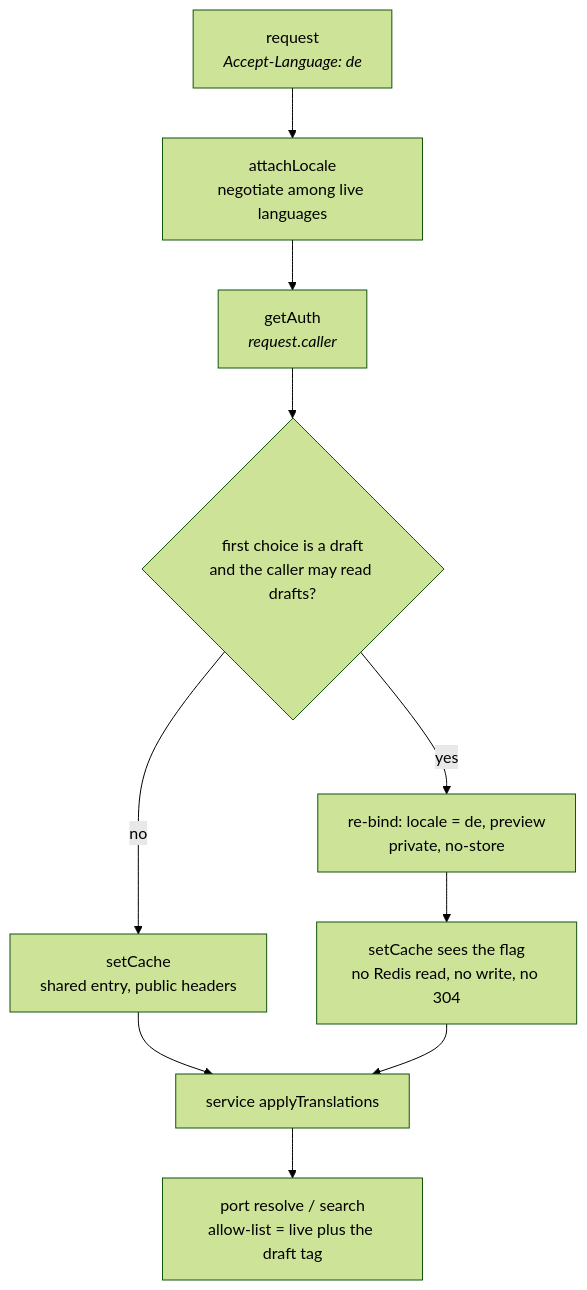
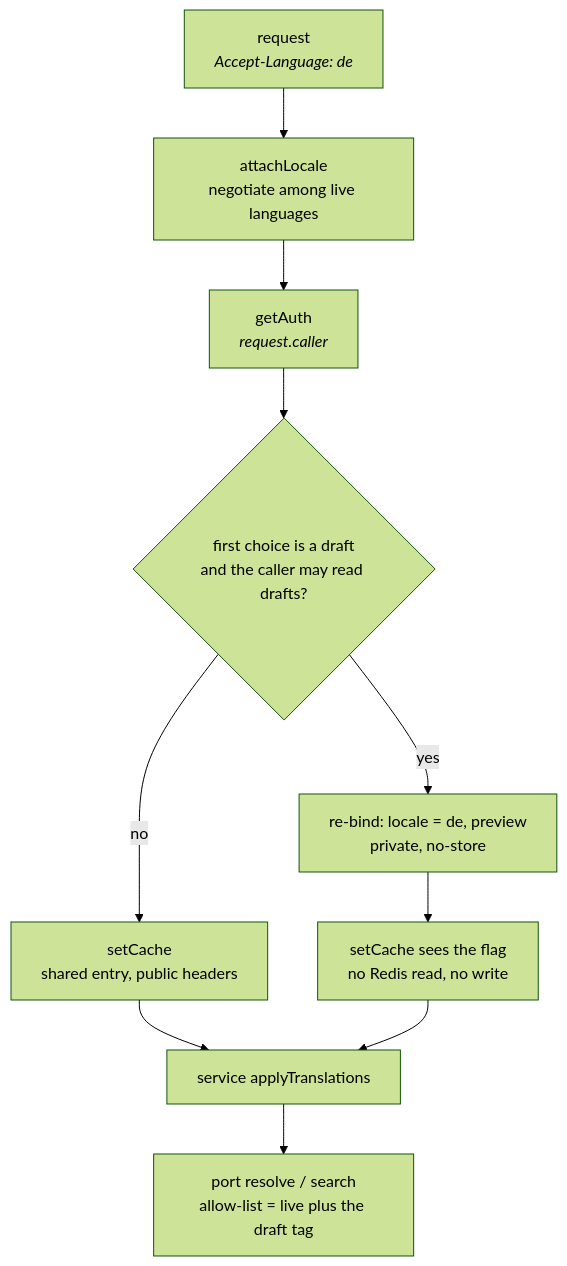
The first of 2 diagrams in docs/modules/locales.md (Guebbit/boilerplate-node-backend), drawn with Mermaid (forest theme) before and after one commit. The commit also changed 9 other files, not shown here.

````diff
--- a/docs/modules/locales.md
+++ b/docs/modules/locales.md
@@ -122,12 +122,12 @@
 ```mermaid
 flowchart TD
     R["request<br/><i>Accept-Language: de</i>"] --> AL["attachLocale<br/>negotiate among live languages"]
     AL --> GA["getAuth<br/><i>request.caller</i>"]
     GA --> PV{"first choice is a draft<br/>and the caller may read drafts?"}
     PV -->|no| SC["setCache<br/>shared entry, public headers"]
     PV -->|yes| RB["re-bind: locale = de, preview<br/>private, no-store"]
-    RB --> SC2["setCache sees the flag<br/>no Redis read, no write, no 304"]
+    RB --> SC2["setCache sees the flag<br/>no Redis read, no write"]
     SC --> C["service applyTranslations"]
     SC2 --> C
     C --> RP["port resolve / search<br/>allow-list = live plus the draft tag"]
 ```
````
